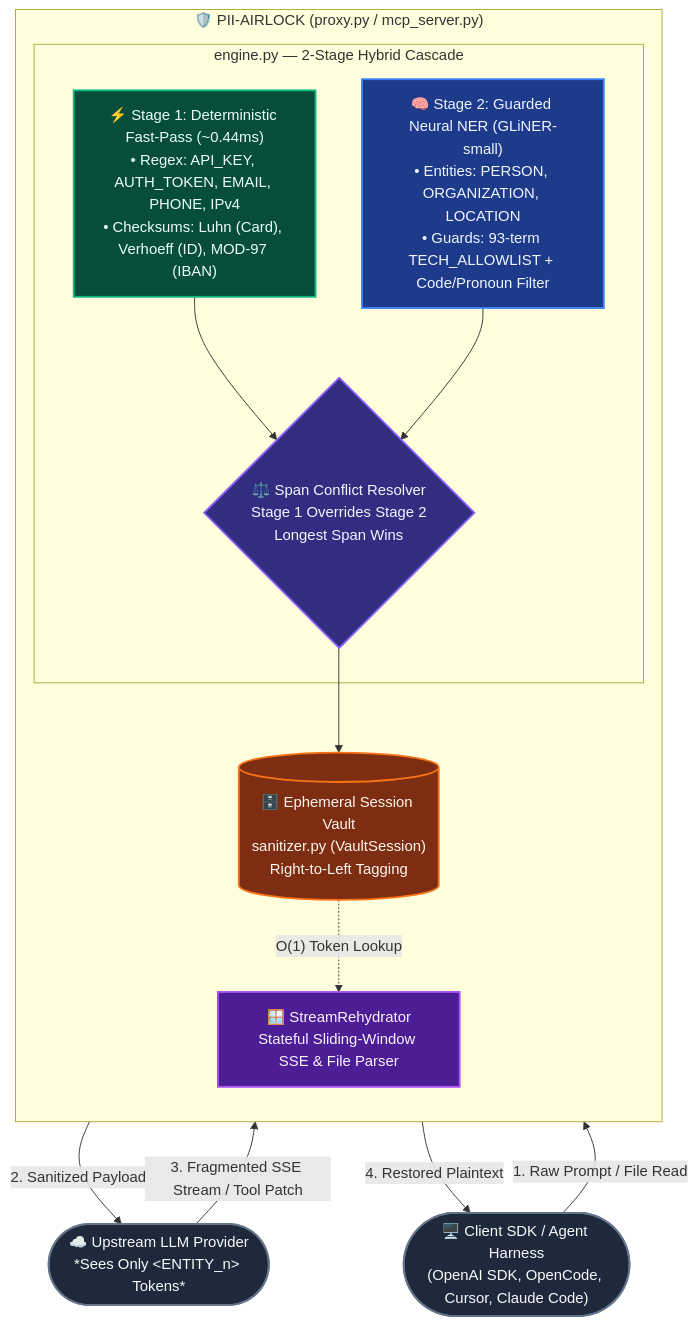
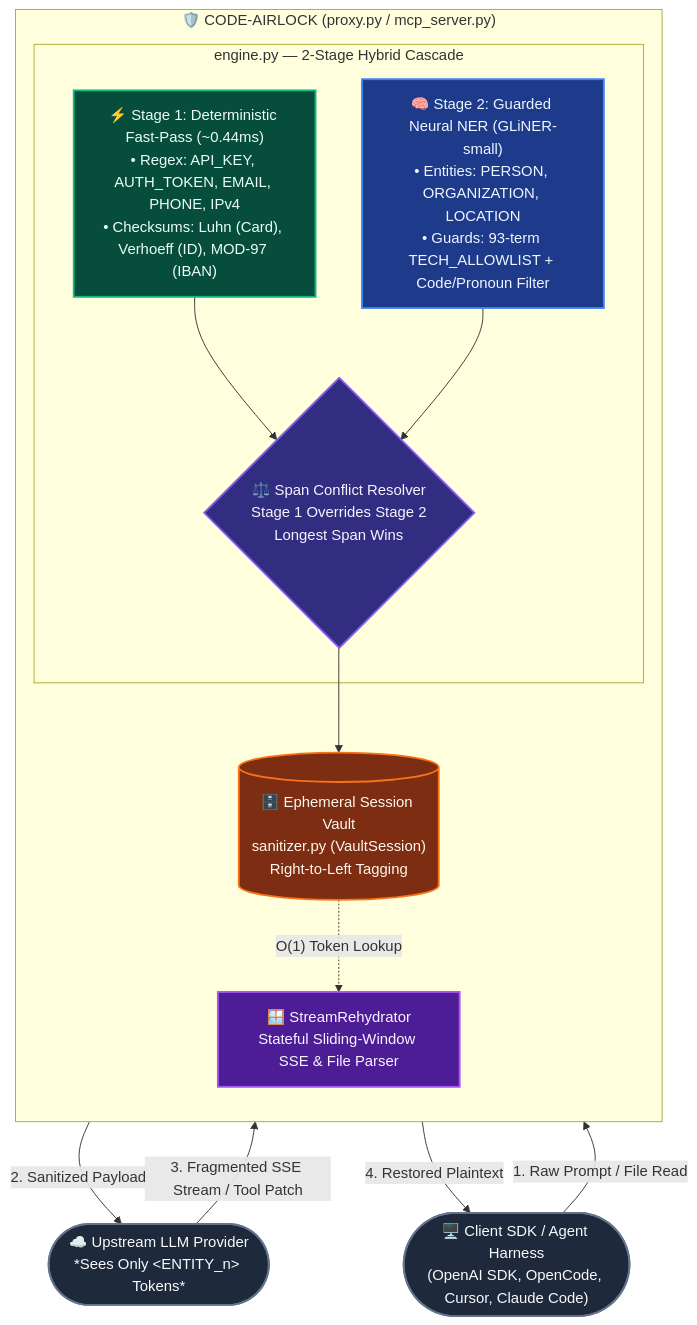
The diagram in README.md (sarthexe/code-airlock), drawn with Mermaid before and after one commit. The commit also changed other lines of this file and 5 other files, not shown here.

Commit message:
Rename project and repository to code-airlock

````diff
--- a/README.md
+++ b/README.md
@@ -16,34 +16,34 @@
 ```mermaid
 flowchart TB
     classDef client fill:#1e293b,stroke:#64748b,stroke-width:2px,color:#f8fafc
     classDef stage1 fill:#064e3b,stroke:#10b981,stroke-width:2px,color:#ecfdf5
     classDef stage2 fill:#1e3a8a,stroke:#3b82f6,stroke-width:2px,color:#eff6ff
     classDef merger fill:#312e81,stroke:#8b5cf6,stroke-width:2px,color:#f5f3ff
     classDef vault fill:#7c2d12,stroke:#f97316,stroke-width:2px,color:#fff7ed
     classDef stream fill:#4c1d95,stroke:#a855f7,stroke-width:2px,color:#faf5ff
 
     Client(["🖥️ Client SDK / Agent Harness<br/>(OpenAI SDK, OpenCode, Cursor, Claude Code)"]):::client
 
-    subgraph Airlock["🛡️ PII-AIRLOCK (proxy.py / mcp_server.py)"]
+    subgraph Airlock["🛡️ CODE-AIRLOCK (proxy.py / mcp_server.py)"]
         direction TB
         subgraph Cascade["engine.py — 2-Stage Hybrid Cascade"]
             S1["⚡ Stage 1: Deterministic Fast-Pass (~0.44ms)<br/>• Regex: API_KEY, AUTH_TOKEN, EMAIL, PHONE, IPv4<br/>• Checksums: Luhn (Card), Verhoeff (ID), MOD-97 (IBAN)"]:::stage1
             S2["🧠 Stage 2: Guarded Neural NER (GLiNER-small)<br/>• Entities: PERSON, ORGANIZATION, LOCATION<br/>• Guards: 93-term TECH_ALLOWLIST + Code/Pronoun Filter"]:::stage2
             Merger{"⚖️ Span Conflict Resolver<br/>Stage 1 Overrides Stage 2<br/>Longest Span Wins"}:::merger
             S1 & S2 --> Merger
         end
 
         Vault[("🗄️ Ephemeral Session Vault<br/>sanitizer.py (VaultSession)<br/>Right-to-Left Tagging")]:::vault
         Rehydrator["🪟 StreamRehydrator<br/>Stateful Sliding-Window SSE & File Parser"]:::stream
 
         Merger --> Vault
         Vault -.->|"O(1) Token Lookup"| Rehydrator
     end
 
     LLM(["☁️ Upstream LLM Provider<br/>*Sees Only &lt;ENTITY_n&gt; Tokens*"]):::client
 
     Client -->|"1. Raw Prompt / File Read"| Cascade
     Vault -->|"2. Sanitized Payload"| LLM
     LLM -->|"3. Fragmented SSE Stream / Tool Patch"| Rehydrator
     Rehydrator -->|"4. Restored Plaintext"| Client
 ```
````
